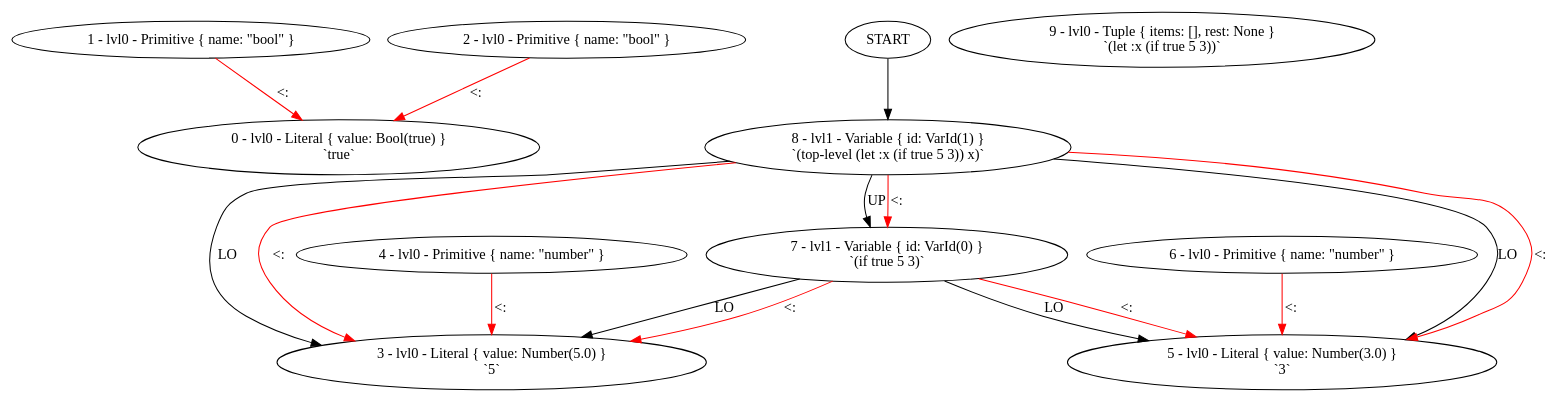
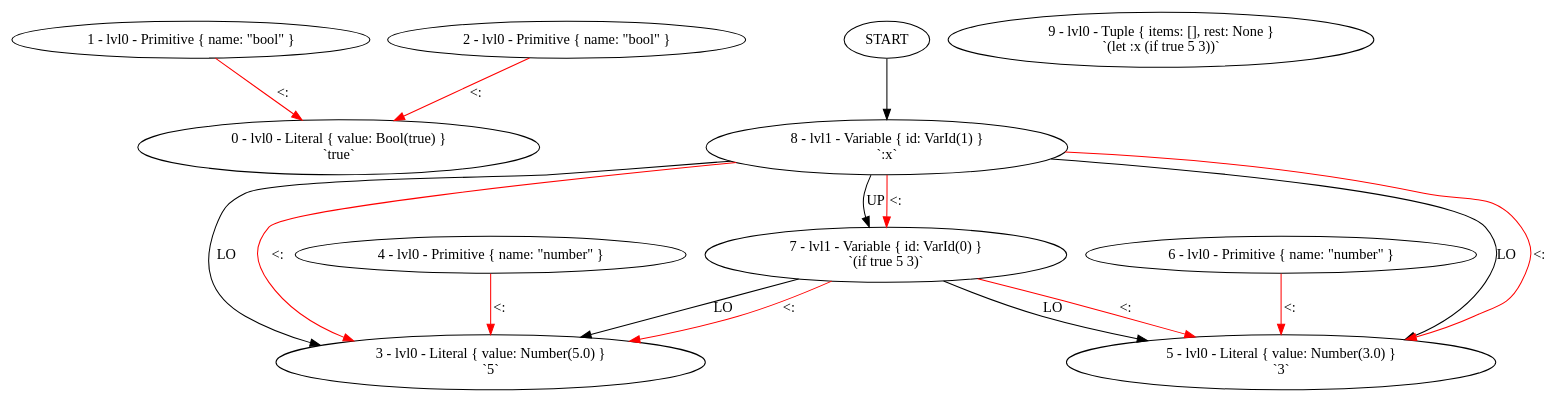
One commit to frondeus/project-s changed the first of 2 diagrams in docs/journal/2025-06-16.md. Above: the diagram before and after it, drawn with Graphviz. The commit also changed 10 other files, not shown here.

Commit message:
Fixed non-deterministic graphviz

````diff
--- a/docs/journal/2025-06-16.md
+++ b/docs/journal/2025-06-16.md
@@ -16,30 +16,30 @@
 ```graphviz
 digraph G {
 N0 [label="0 - lvl0 - Literal { value: Bool(true) }\n`true`"];
 N1 [label="1 - lvl0 - Primitive { name: \"bool\" }"];
 N2 [label="2 - lvl0 - Primitive { name: \"bool\" }"];
 N3 [label="3 - lvl0 - Literal { value: Number(5.0) }\n`5`"];
 N4 [label="4 - lvl0 - Primitive { name: \"number\" }"];
 N5 [label="5 - lvl0 - Literal { value: Number(3.0) }\n`3`"];
 N6 [label="6 - lvl0 - Primitive { name: \"number\" }"];
 N7 [label="7 - lvl1 - Variable { id: VarId(0) }\n`(if true 5 3)`"];
-N8 [label="8 - lvl1 - Variable { id: VarId(1) }\n`(top-level (let :x (if true 5 3)) x)`"];
+N8 [label="8 - lvl1 - Variable { id: VarId(1) }\n`:x`"];
 N9 [label="9 - lvl0 - Tuple { items: [], rest: None }\n`(let :x (if true 5 3))`"];
 START -> N8
 N7 -> N3 [label="LO"];
 N7 -> N5 [label="LO"];
 N8 -> N7 [label="UP"];
 N8 -> N3 [label="LO"];
 N8 -> N5 [label="LO"];
 N1 -> N0 [label="<:";color=red];
 N2 -> N0 [label="<:";color=red];
 N4 -> N3 [label="<:";color=red];
 N6 -> N5 [label="<:";color=red];
 N7 -> N3 [label="<:";color=red];
 N7 -> N5 [label="<:";color=red];
 N8 -> N7 [label="<:";color=red];
 N8 -> N3 [label="<:";color=red];
 N8 -> N5 [label="<:";color=red];
 }
 
 ```
````
